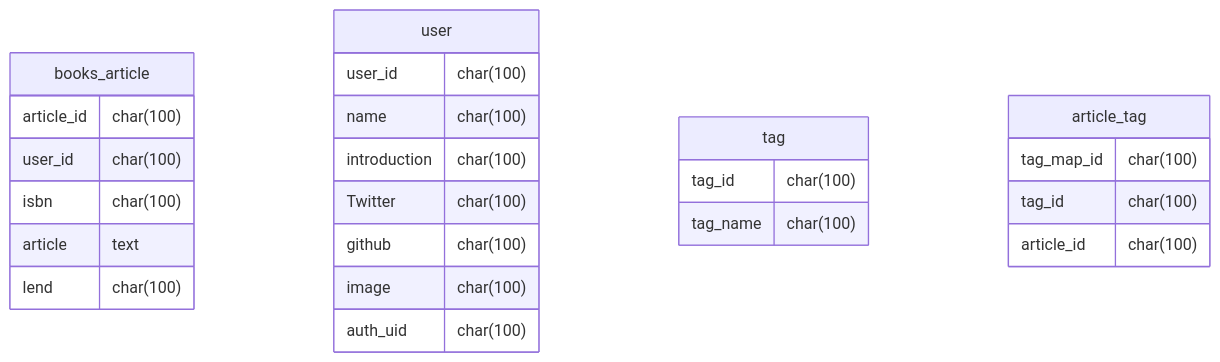
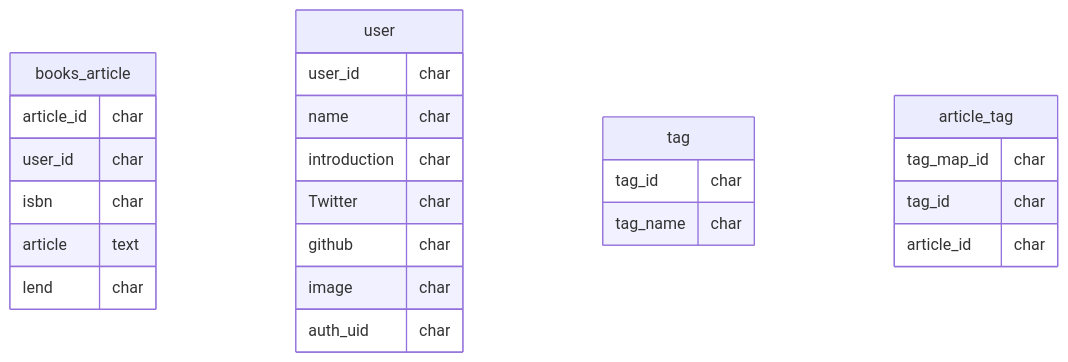
One commit to hackz-hackathon-giganoto/team-l changed the diagram in README.md. Above: the diagram before and after it, drawn with Mermaid.

````diff
--- a/README.md
+++ b/README.md
@@ -130,33 +130,33 @@
 ```mermaid
 erDiagram
 
 books_article{
-  article_id char(100)
-  user_id char(100)
-  isbn char(100)
+  article_id char
+  user_id char
+  isbn char
   article text 
-  lend char(100)
+  lend char
 }
 
 user{
-  user_id char(100)
-  name char(100)
-  introduction char(100)
-  Twitter char(100)
-  github char(100)
-  image char(100)
-  auth_uid char(100)
+  user_id char
+  name char
+  introduction char
+  Twitter char
+  github char
+  image char
+  auth_uid char
 }
 
 tag{
-  tag_id char(100)
-  tag_name char(100)
+  tag_id char
+  tag_name char
 }
 
 article_tag{
-  tag_map_id char(100)
-  tag_id char(100)
-  article_id char(100)
+  tag_map_id char
+  tag_id char
+  article_id char
 }
 
 ```
````
